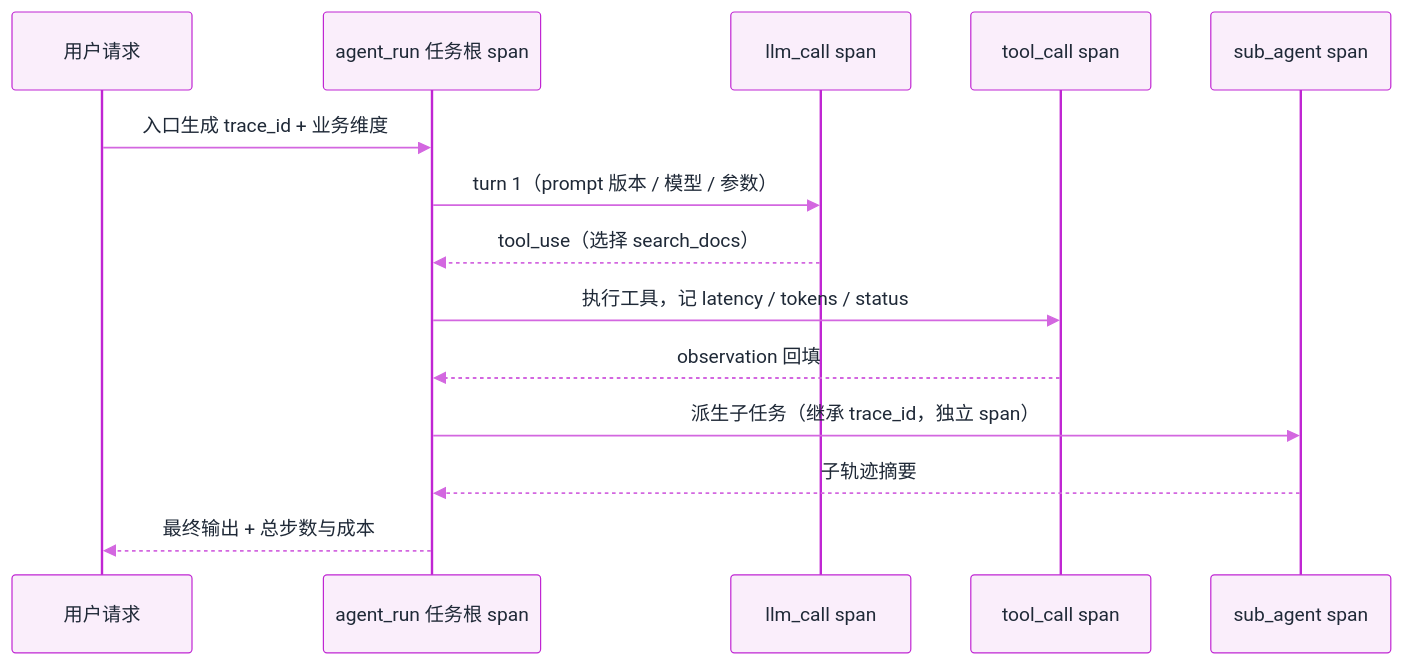
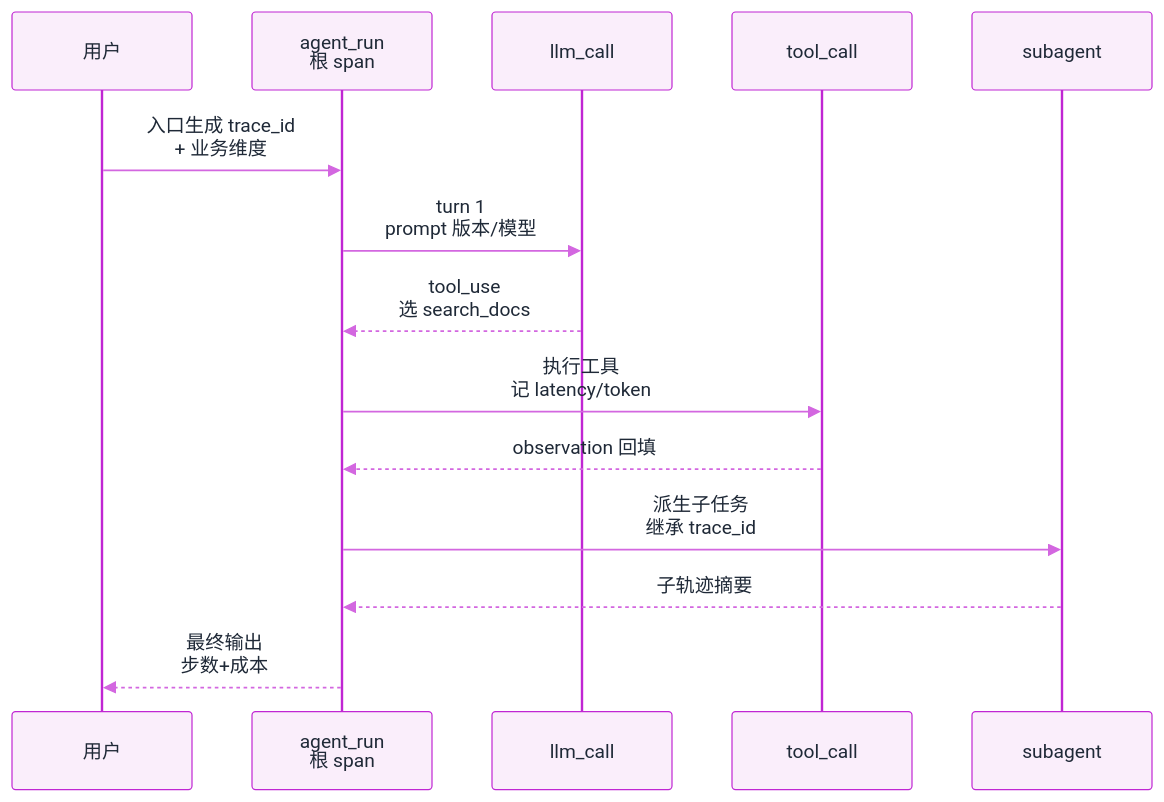
The first of 2 diagrams in docs/11-engineering/logging-tracing-monitoring.md (funny8kids/ai-agent-handbook), drawn with Mermaid before and after one commit. The commit also changed 45 other files, not shown here.

First line of the commit message:
Thicken 12 thin pages, clear 25 over-width diagrams, re-proportion 10 thin-ribbon diagrams

````diff
--- a/docs/11-engineering/logging-tracing-monitoring.md
+++ b/docs/11-engineering/logging-tracing-monitoring.md
@@ -46,17 +46,17 @@
 ```mermaid
 %%{init: {"theme":"base","themeVariables":{"primaryColor":"#F9E9FB","primaryBorderColor":"#C026D3","primaryTextColor":"#1F2937","secondaryColor":"#F1CFF5","tertiaryColor":"#FCF6FD","lineColor":"#DC88E7","actorBkg":"#FAEEFB","actorBorder":"#C026D3","actorTextColor":"#1F2937","signalColor":"#D367E0","noteBkgColor":"#F4D8F7","noteBorderColor":"#C026D3","noteTextColor":"#1F2937","labelBoxBkgColor":"#F9E9FB","labelBoxBorderColor":"#C026D3"}}}%%
 sequenceDiagram
-  participant U as 用户请求
-  participant R as agent_run 任务根 span
-  participant L as llm_call span
-  participant T as tool_call span
-  participant S as sub_agent span
-  U->>R: 入口生成 trace_id + 业务维度
-  R->>L: turn 1（prompt 版本 / 模型 / 参数）
-  L-->>R: tool_use（选择 search_docs）
-  R->>T: 执行工具，记 latency / tokens / status
+  participant U as 用户
+  participant R as agent_run<br/>根 span
+  participant L as llm_call
+  participant T as tool_call
+  participant S as subagent
+  U->>R: 入口生成 trace_id<br/>+ 业务维度
+  R->>L: turn 1<br/>prompt 版本/模型
+  L-->>R: tool_use<br/>选 search_docs
+  R->>T: 执行工具<br/>记 latency/token
   T-->>R: observation 回填
-  R->>S: 派生子任务（继承 trace_id，独立 span）
+  R->>S: 派生子任务<br/>继承 trace_id
   S-->>R: 子轨迹摘要
-  R-->>U: 最终输出 + 总步数与成本
+  R-->>U: 最终输出<br/>步数+成本
 ```
````
